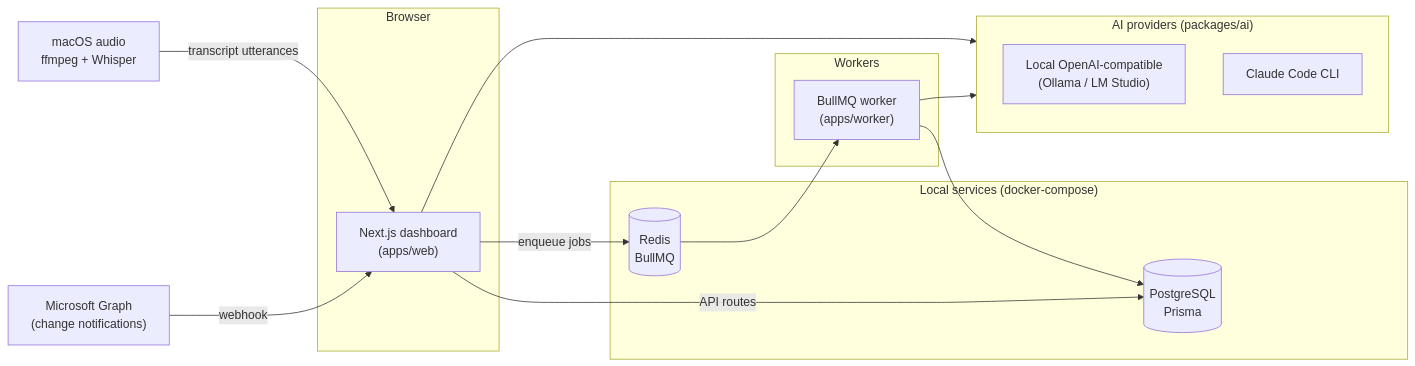
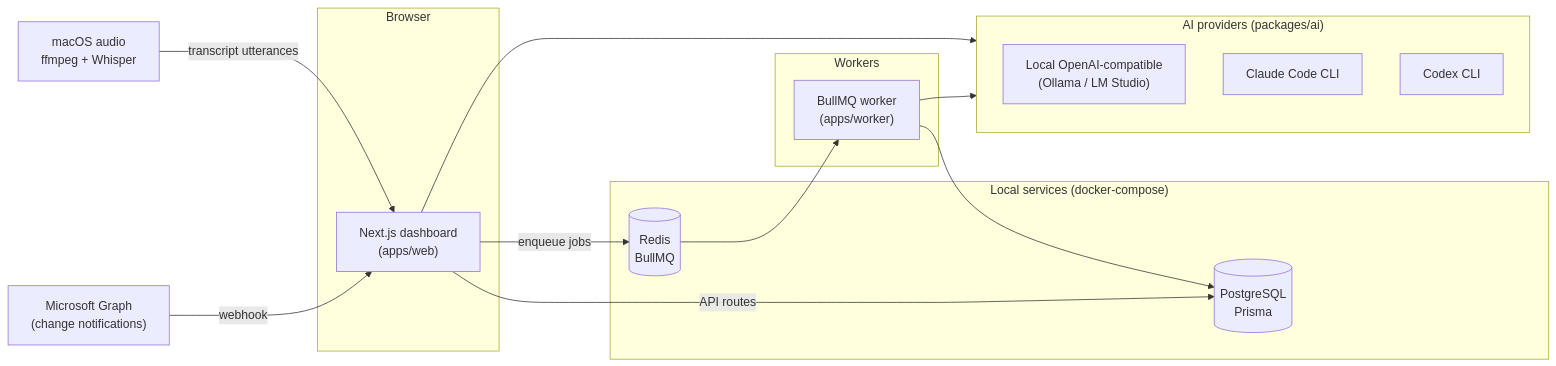
Before and after one commit to phanbaohuy96/context-pilot: the diagram in README.md, drawn with Mermaid. The commit also changed other lines of this file and 30 other files, not shown here.

````diff
--- a/README.md
+++ b/README.md
@@ -12,33 +12,34 @@
 ```mermaid
 flowchart LR
   subgraph Browser
     UI["Next.js dashboard\n(apps/web)"]
   end
 
   subgraph Local["Local services (docker-compose)"]
     PG[("PostgreSQL\nPrisma")]
     REDIS[("Redis\nBullMQ")]
   end
 
   subgraph Workers
     WK["BullMQ worker\n(apps/worker)"]
   end
 
   subgraph AI["AI providers (packages/ai)"]
     LOCAL["Local OpenAI-compatible\n(Ollama / LM Studio)"]
     CLI["Claude Code CLI"]
+    CODEX["Codex CLI"]
   end
 
   MSGRAPH["Microsoft Graph\n(change notifications)"]
   AUDIO["macOS audio\nffmpeg + Whisper"]
 
   UI -->|API routes| PG
   UI -->|enqueue jobs| REDIS
   REDIS --> WK
   WK --> PG
   WK --> AI
   UI --> AI
 
   MSGRAPH -->|webhook| UI
   AUDIO -->|transcript utterances| UI
 ```
````
